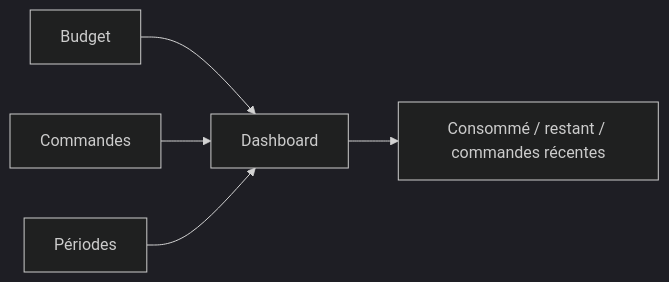
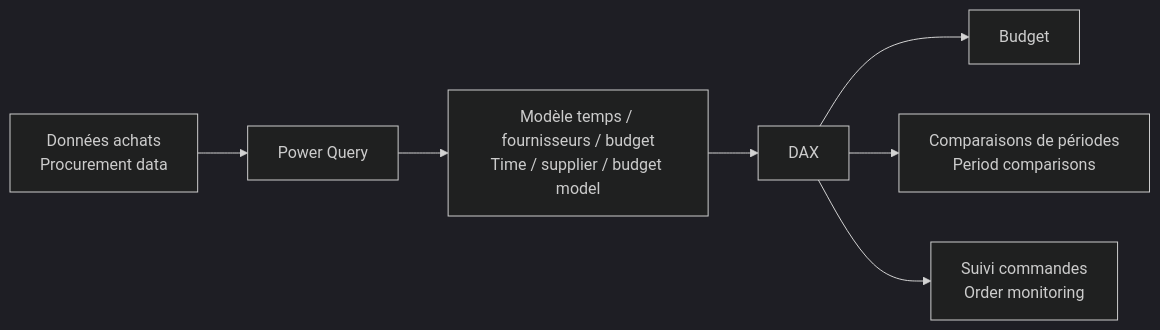
The second of 2 diagrams in powerbi-procurement-budget-portfolio/README.md (jeffersonkuku/powerbi-portfolio-projects), drawn with Mermaid (dark theme) before and after one commit. The commit also changed other lines of this file and 4 other files, not shown here.

````diff
--- a/powerbi-procurement-budget-portfolio/README.md
+++ b/powerbi-procurement-budget-portfolio/README.md
@@ -41,7 +50,9 @@
 ```mermaid
 flowchart LR
-    A[Budget] --> D[Dashboard]
-    B[Commandes] --> D
-    C[Périodes] --> D
-    D --> E[Consommé / restant / commandes récentes]
+    A[Données achats<br/>Procurement data] --> B[Power Query]
+    B --> C[Modèle temps / fournisseurs / budget<br/>Time / supplier / budget model]
+    C --> D[DAX]
+    D --> E[Budget]
+    D --> F[Comparaisons de périodes<br/>Period comparisons]
+    D --> G[Suivi commandes<br/>Order monitoring]
 ```
````
